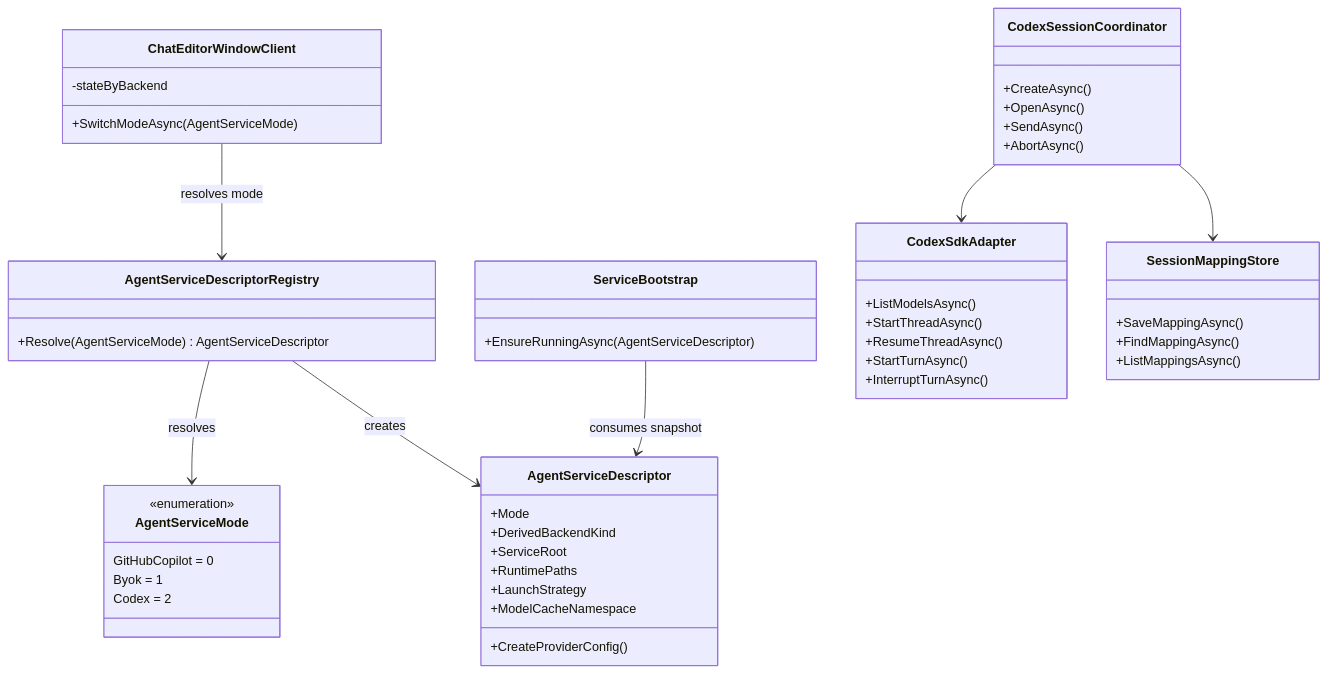
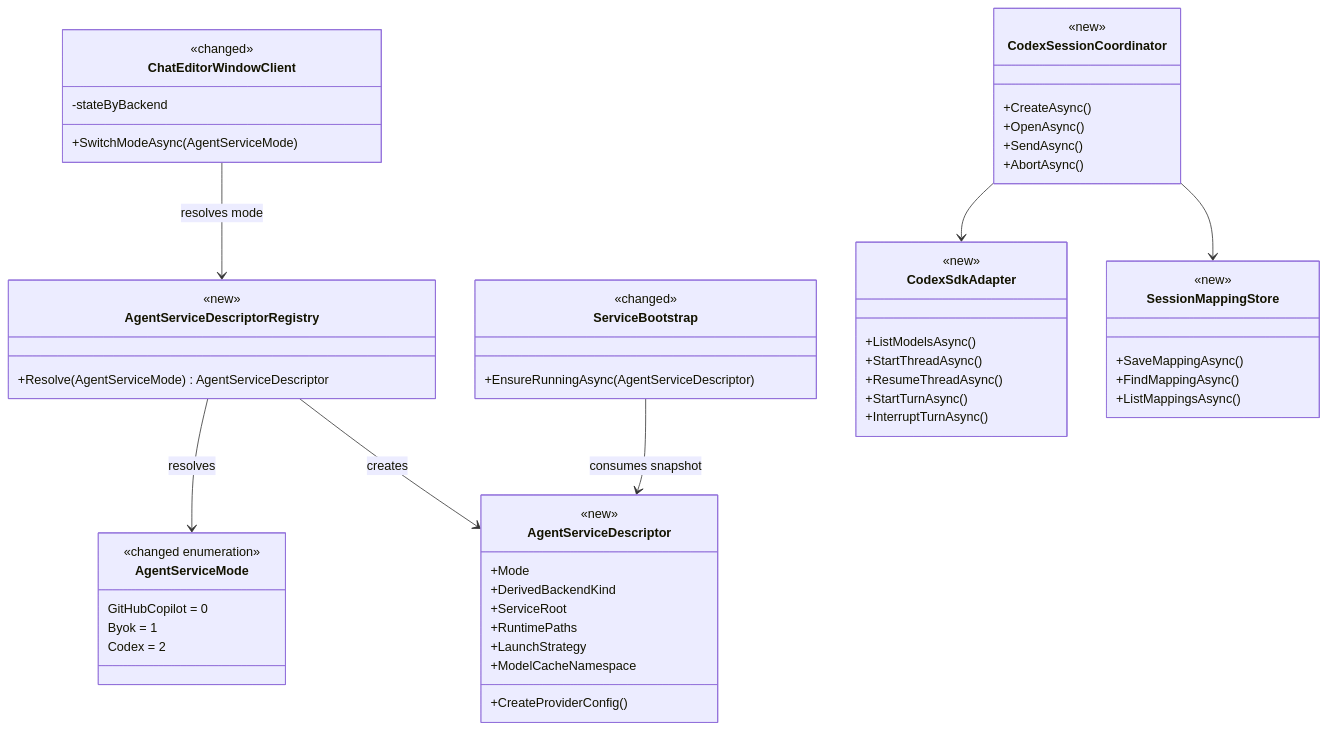
One commit to Signal-Loop/UnityCodeAgent changed the fourth of 5 diagrams in docs/kanban/add-codex-agent-service.md. Above: the diagram before and after it, drawn with Mermaid. The commit also changed other lines of this file, not shown here.

````diff
--- a/docs/kanban/add-codex-agent-service.md
+++ b/docs/kanban/add-codex-agent-service.md
@@ -216,52 +228,59 @@
 ```mermaid
 classDiagram
     class AgentServiceMode {
-        <<enumeration>>
+        <<changed enumeration>>
         GitHubCopilot = 0
         Byok = 1
         Codex = 2
     }
     class AgentServiceDescriptor {
+        <<new>>
         +Mode
         +DerivedBackendKind
         +ServiceRoot
         +RuntimePaths
         +LaunchStrategy
         +ModelCacheNamespace
         +CreateProviderConfig()
     }
     class AgentServiceDescriptorRegistry {
+        <<new>>
         +Resolve(AgentServiceMode) AgentServiceDescriptor
     }
     class ServiceBootstrap {
+        <<changed>>
         +EnsureRunningAsync(AgentServiceDescriptor)
     }
     class ChatEditorWindowClient {
+        <<changed>>
         -stateByBackend
         +SwitchModeAsync(AgentServiceMode)
     }
     class CodexSdkAdapter {
+        <<new>>
         +ListModelsAsync()
         +StartThreadAsync()
         +ResumeThreadAsync()
         +StartTurnAsync()
         +InterruptTurnAsync()
     }
     class CodexSessionCoordinator {
+        <<new>>
         +CreateAsync()
         +OpenAsync()
         +SendAsync()
         +AbortAsync()
     }
     class SessionMappingStore {
+        <<new>>
         +SaveMappingAsync()
         +FindMappingAsync()
         +ListMappingsAsync()
     }
     AgentServiceDescriptorRegistry --> AgentServiceMode : resolves
     AgentServiceDescriptorRegistry --> AgentServiceDescriptor : creates
     ServiceBootstrap --> AgentServiceDescriptor : consumes snapshot
     ChatEditorWindowClient --> AgentServiceDescriptorRegistry : resolves mode
     CodexSessionCoordinator --> CodexSdkAdapter
     CodexSessionCoordinator --> SessionMappingStore
 ```
````
